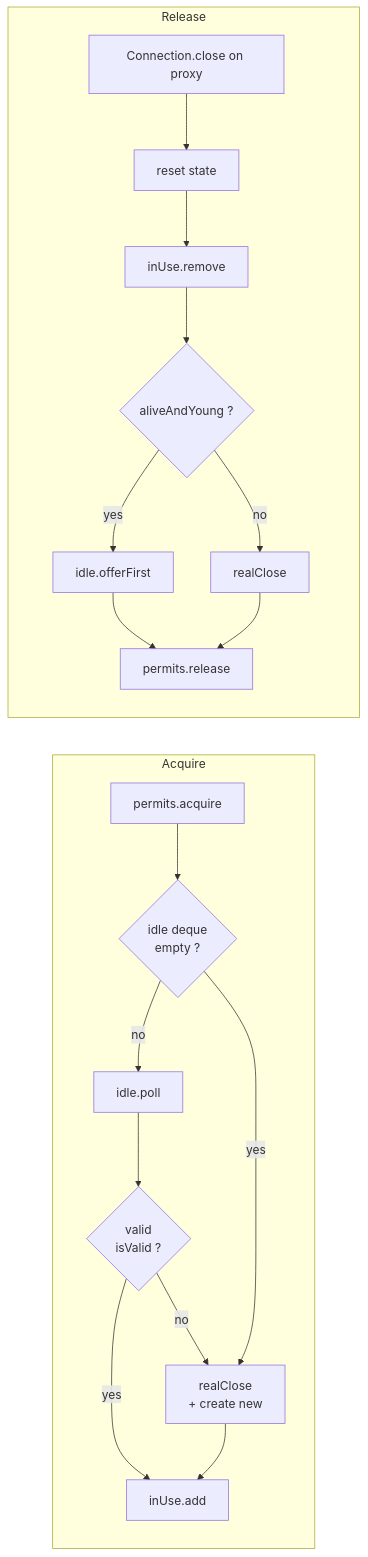
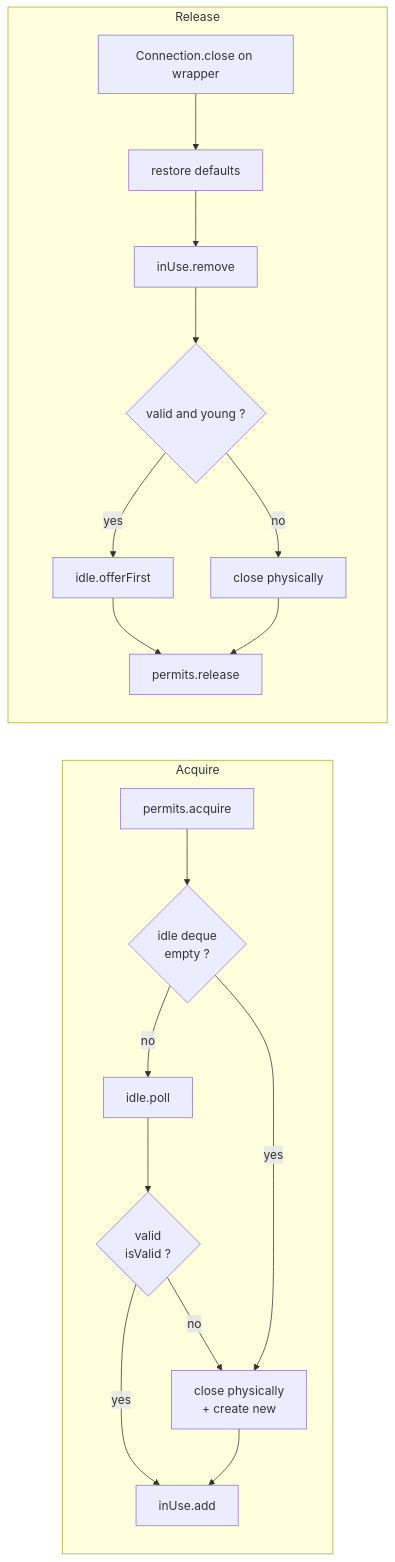
One commit to vidocq-stack/mansart changed the third of 3 diagrams in docs/en/modules/ROOT/pages/internals.adoc. Above: the diagram before and after it, drawn with Mermaid. The commit also changed other lines of this file and 12 other files, not shown here.

```diff
--- a/docs/en/modules/ROOT/pages/internals.adoc
+++ b/docs/en/modules/ROOT/pages/internals.adoc
@@ -89,22 +88,22 @@
 [mermaid]
 ....
 flowchart LR
     subgraph Acquire
       A1[permits.acquire] --> A2{idle deque<br/>empty ?}
       A2 -- no --> A3[idle.poll]
       A3 --> A4{valid<br/>isValid ?}
       A4 -- yes --> A5[inUse.add]
-      A4 -- no --> A6[realClose<br/>+ create new]
+      A4 -- no --> A6[close physically<br/>+ create new]
       A2 -- yes --> A6
       A6 --> A5
     end
     subgraph Release
-      R1[Connection.close on proxy] --> R2[reset state]
+      R1[Connection.close on wrapper] --> R2[restore defaults]
       R2 --> R3[inUse.remove]
-      R3 --> R4{aliveAndYoung ?}
+      R3 --> R4{valid and young ?}
       R4 -- yes --> R5[idle.offerFirst]
-      R4 -- no --> R6[realClose]
+      R4 -- no --> R6[close physically]
       R5 --> R7[permits.release]
       R6 --> R7
     end
 ....
```
